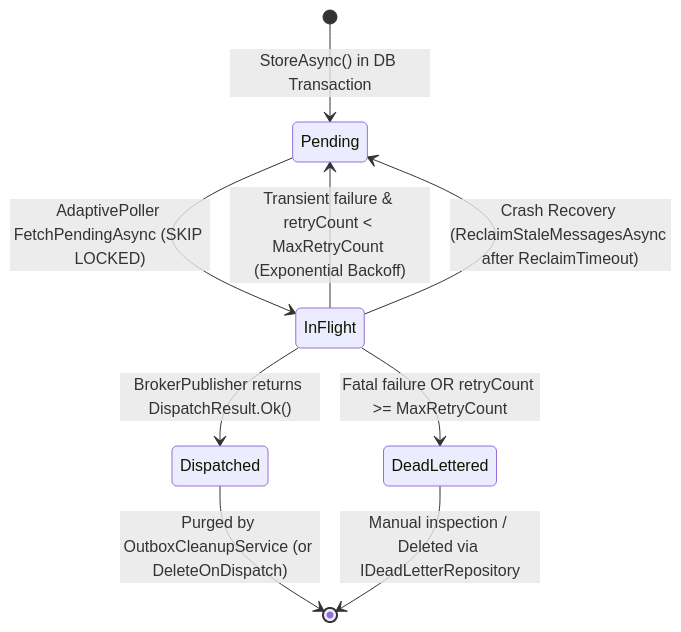
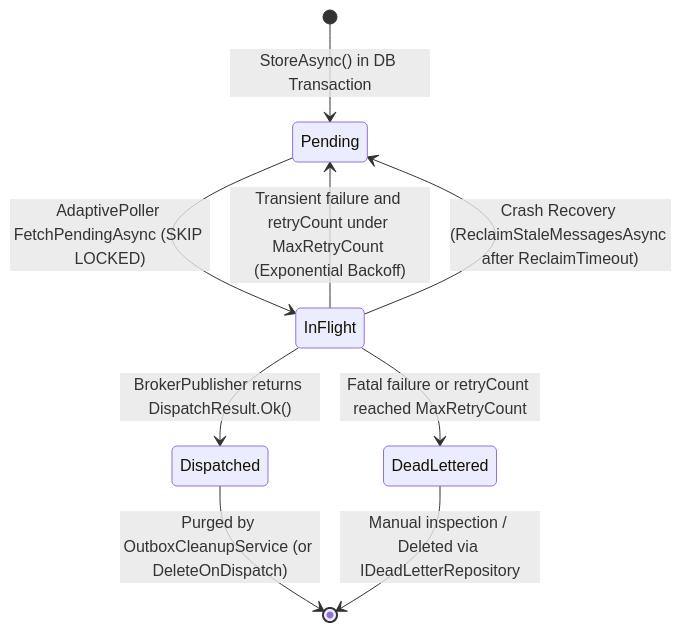
Before and after one commit to ericksonlopezf/dotnet-outbox: the second of 3 diagrams in README.md, drawn with Mermaid. The commit also changed other lines of this file and 443 other files, not shown here.

````diff
--- a/README.md
+++ b/README.md
@@ -886,11 +953,11 @@
 ```mermaid
 stateDiagram-v2
     [*] --> Pending: StoreAsync() in DB Transaction
     Pending --> InFlight: AdaptivePoller FetchPendingAsync (SKIP LOCKED)
     InFlight --> Dispatched: BrokerPublisher returns DispatchResult.Ok()
-    InFlight --> Pending: Transient failure & retryCount < MaxRetryCount (Exponential Backoff)
-    InFlight --> DeadLettered: Fatal failure OR retryCount >= MaxRetryCount
+    InFlight --> Pending: Transient failure and retryCount under MaxRetryCount (Exponential Backoff)
+    InFlight --> DeadLettered: Fatal failure or retryCount reached MaxRetryCount
     InFlight --> Pending: Crash Recovery (ReclaimStaleMessagesAsync after ReclaimTimeout)
     Dispatched --> [*]: Purged by OutboxCleanupService (or DeleteOnDispatch)
     DeadLettered --> [*]: Manual inspection / Deleted via IDeadLetterRepository
 ```
````
